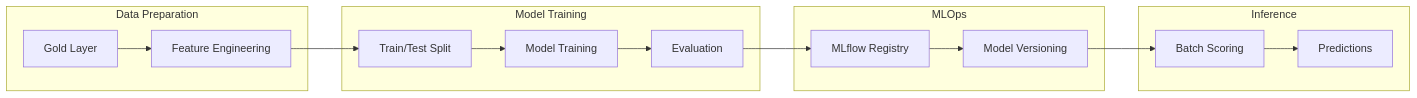
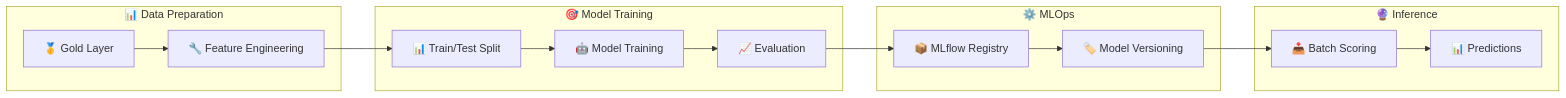
One commit to fgarofalo56/Suppercharge_Microsoft_Fabric changed the seventh of 7 diagrams in docs/diagrams/architecture-overview.md. Above: the diagram before and after it, drawn with Mermaid. The commit also changed other lines of this file and 130 other files, not shown here.

````diff
--- a/docs/diagrams/architecture-overview.md
+++ b/docs/diagrams/architecture-overview.md
@@ -251,28 +344,28 @@
 ```mermaid
 flowchart LR
-    subgraph Data["Data Preparation"]
-        GOLD[Gold Layer]
-        FEAT[Feature Engineering]
+    subgraph Data["📊 Data Preparation"]
+        GOLD["🥇 Gold Layer"]
+        FEAT["🔧 Feature Engineering"]
     end
 
-    subgraph Training["Model Training"]
-        SPLIT[Train/Test Split]
-        TRAIN[Model Training]
-        EVAL[Evaluation]
+    subgraph Training["🎯 Model Training"]
+        SPLIT["📊 Train/Test Split"]
+        TRAIN["🤖 Model Training"]
+        EVAL["📈 Evaluation"]
     end
 
-    subgraph MLOps["MLOps"]
-        MLFLOW[MLflow Registry]
-        VERSION[Model Versioning]
+    subgraph MLOps["⚙️ MLOps"]
+        MLFLOW["📦 MLflow Registry"]
+        VERSION["🏷️ Model Versioning"]
     end
 
-    subgraph Inference["Inference"]
-        BATCH[Batch Scoring]
-        SCORES[Predictions]
+    subgraph Inference["🔮 Inference"]
+        BATCH["📥 Batch Scoring"]
+        SCORES["📊 Predictions"]
     end
 
     GOLD --> FEAT --> SPLIT
     SPLIT --> TRAIN --> EVAL
     EVAL --> MLFLOW --> VERSION
     VERSION --> BATCH --> SCORES
 ```
````
